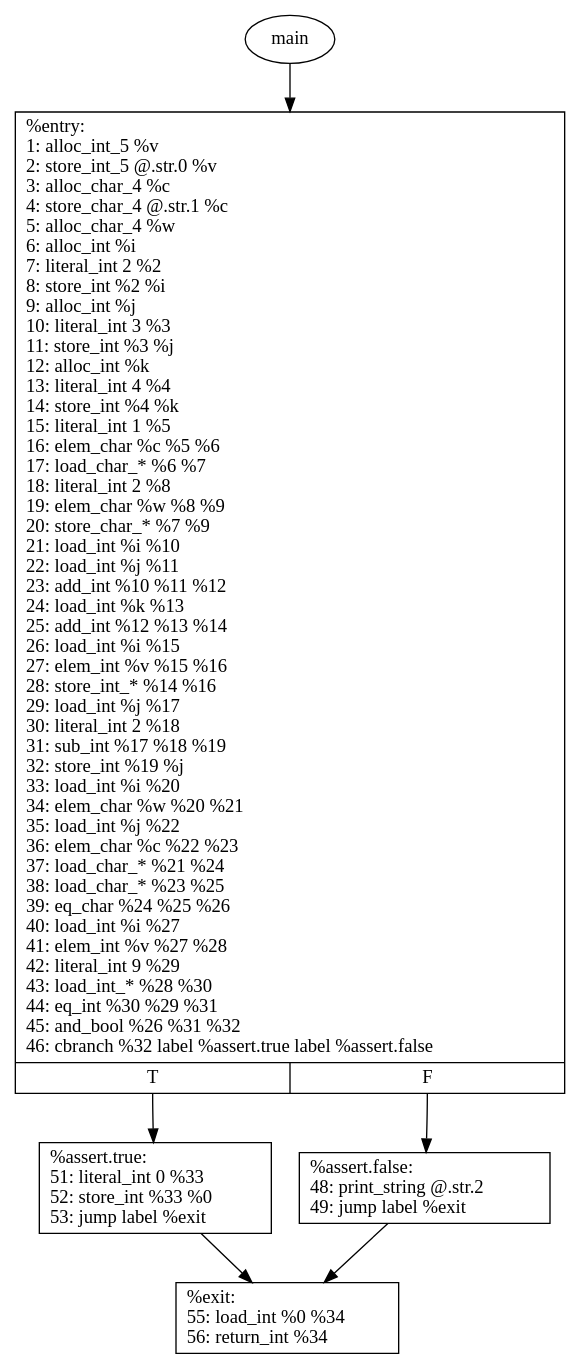
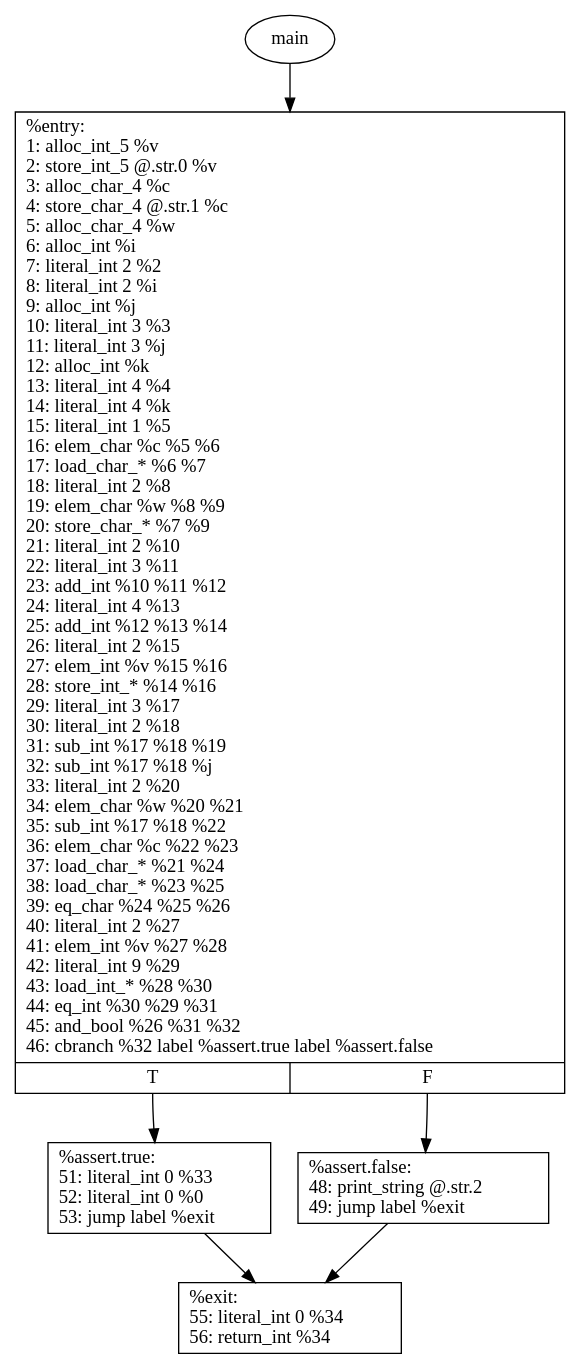
Before and after one commit to barddes/ply-python-compiler: the diagram in main.gv, drawn with Graphviz. The commit also changed 3 other files, not shown here.

```diff
--- a/main.gv
+++ b/main.gv
@@ -1,13 +1,13 @@
 digraph g {
 	node [shape=record]
 	main [shape=ellipse]
 	main -> "%entry"
-	"%entry" [label="{%entry:\l	1:   alloc_int_5 %v \l	2:   store_int_5 @.str.0 %v \l	3:   alloc_char_4 %c \l	4:   store_char_4 @.str.1 %c \l	5:   alloc_char_4 %w \l	6:   alloc_int %i \l	7:   literal_int 2 %2 \l	8:   store_int %2 %i \l	9:   alloc_int %j \l	10:   literal_int 3 %3 \l	11:   store_int %3 %j \l	12:   alloc_int %k \l	13:   literal_int 4 %4 \l	14:   store_int %4 %k \l	15:   literal_int 1 %5 \l	16:   elem_char %c %5 %6 \l	17:   load_char_* %6 %7 \l	18:   literal_int 2 %8 \l	19:   elem_char %w %8 %9 \l	20:   store_char_* %7 %9 \l	21:   load_int %i %10 \l	22:   load_int %j %11 \l	23:   add_int %10 %11 %12 \l	24:   load_int %k %13 \l	25:   add_int %12 %13 %14 \l	26:   load_int %i %15 \l	27:   elem_int %v %15 %16 \l	28:   store_int_* %14 %16 \l	29:   load_int %j %17 \l	30:   literal_int 2 %18 \l	31:   sub_int %17 %18 %19 \l	32:   store_int %19 %j \l	33:   load_int %i %20 \l	34:   elem_char %w %20 %21 \l	35:   load_int %j %22 \l	36:   elem_char %c %22 %23 \l	37:   load_char_* %21 %24 \l	38:   load_char_* %23 %25 \l	39:   eq_char %24 %25 %26 \l	40:   load_int %i %27 \l	41:   elem_int %v %27 %28 \l	42:   literal_int 9 %29 \l	43:   load_int_* %28 %30 \l	44:   eq_int %30 %29 %31 \l	45:   and_bool %26 %31 %32 \l	46:   cbranch %32 label %assert.true label %assert.false\l	|{<f0>T|<f1>F}}"]
+	"%entry" [label="{%entry:\l	1:   alloc_int_5 %v \l	2:   store_int_5 @.str.0 %v \l	3:   alloc_char_4 %c \l	4:   store_char_4 @.str.1 %c \l	5:   alloc_char_4 %w \l	6:   alloc_int %i \l	7:   literal_int 2 %2 \l	8:   literal_int 2 %i \l	9:   alloc_int %j \l	10:   literal_int 3 %3 \l	11:   literal_int 3 %j \l	12:   alloc_int %k \l	13:   literal_int 4 %4 \l	14:   literal_int 4 %k \l	15:   literal_int 1 %5 \l	16:   elem_char %c %5 %6 \l	17:   load_char_* %6 %7 \l	18:   literal_int 2 %8 \l	19:   elem_char %w %8 %9 \l	20:   store_char_* %7 %9 \l	21:   literal_int 2 %10 \l	22:   literal_int 3 %11 \l	23:   add_int %10 %11 %12 \l	24:   literal_int 4 %13 \l	25:   add_int %12 %13 %14 \l	26:   literal_int 2 %15 \l	27:   elem_int %v %15 %16 \l	28:   store_int_* %14 %16 \l	29:   literal_int 3 %17 \l	30:   literal_int 2 %18 \l	31:   sub_int %17 %18 %19 \l	32:   sub_int %17 %18 %j \l	33:   literal_int 2 %20 \l	34:   elem_char %w %20 %21 \l	35:   sub_int %17 %18 %22 \l	36:   elem_char %c %22 %23 \l	37:   load_char_* %21 %24 \l	38:   load_char_* %23 %25 \l	39:   eq_char %24 %25 %26 \l	40:   literal_int 2 %27 \l	41:   elem_int %v %27 %28 \l	42:   literal_int 9 %29 \l	43:   load_int_* %28 %30 \l	44:   eq_int %30 %29 %31 \l	45:   and_bool %26 %31 %32 \l	46:   cbranch %32 label %assert.true label %assert.false\l	|{<f0>T|<f1>F}}"]
 	"%entry":f0 -> "%assert.true"
 	"%entry":f1 -> "%assert.false"
 	"%assert.false" [label="{%assert.false:\l	48:   print_string @.str.2 \l	49:   jump label %exit\l	}"]
 	"%assert.false" -> "%exit"
-	"%assert.true" [label="{%assert.true:\l	51:   literal_int 0 %33 \l	52:   store_int %33 %0 \l	53:   jump label %exit\l	}"]
+	"%assert.true" [label="{%assert.true:\l	51:   literal_int 0 %33 \l	52:   literal_int 0 %0 \l	53:   jump label %exit\l	}"]
 	"%assert.true" -> "%exit"
-	"%exit" [label="{%exit:\l	55:   load_int %0 %34 \l	56:   return_int %34\l	}"]
+	"%exit" [label="{%exit:\l	55:   literal_int 0 %34 \l	56:   return_int %34\l	}"]
 }
```
